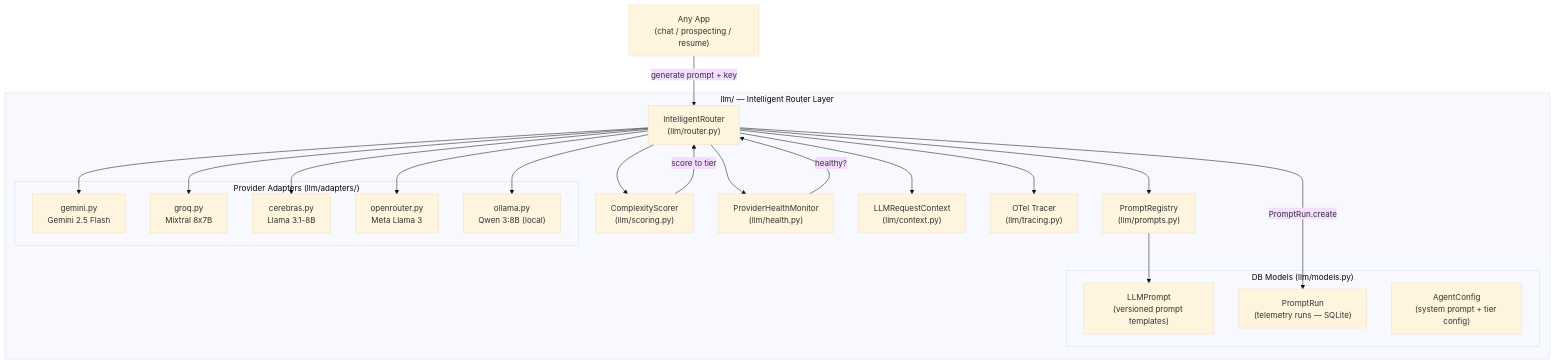
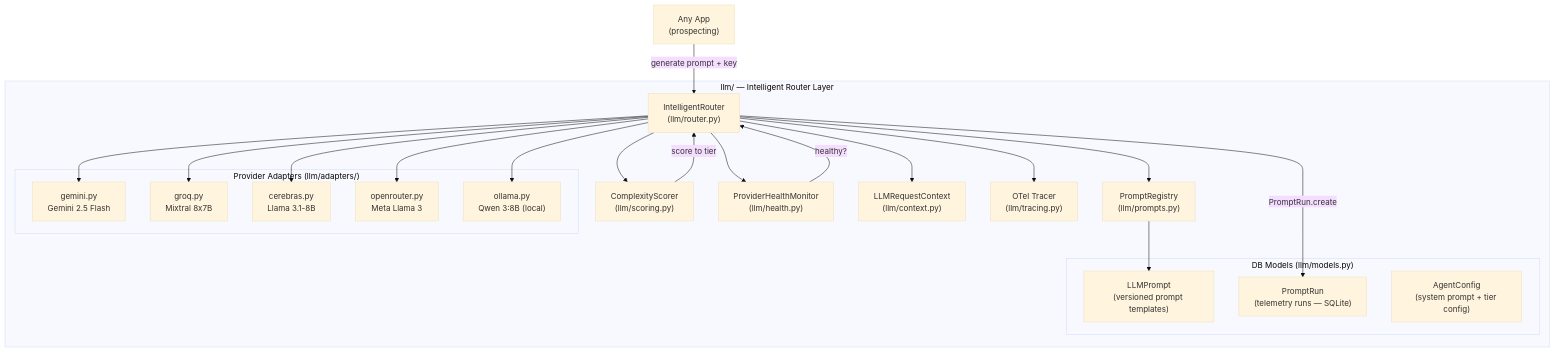
One commit to Ingenuity07/nomad-bot changed the second of 11 diagrams in README.md. Above: the diagram before and after it, drawn with Mermaid (base theme). The commit also changed other lines of this file, not shown here.

Commit message:
docs: update README.md to reflect prospecting-only architecture

````diff
--- a/README.md
+++ b/README.md
@@ -303,43 +266,43 @@
 ```mermaid
 graph TD
-    CALLER["Any App\n(chat / prospecting / resume)"]
+    CALLER["Any App\n(prospecting)"]
 
     subgraph LLMApp["llm/ — Intelligent Router Layer"]
         REGISTRY["PromptRegistry\n(llm/prompts.py)"]
         ROUTER["IntelligentRouter\n(llm/router.py)"]
         SCORER["ComplexityScorer\n(llm/scoring.py)"]
         HEALTH["ProviderHealthMonitor\n(llm/health.py)"]
         CONTEXT["LLMRequestContext\n(llm/context.py)"]
         TRACER["OTel Tracer\n(llm/tracing.py)"]
 
         subgraph Adapters["Provider Adapters (llm/adapters/)"]
             GA["gemini.py\nGemini 2.5 Flash"]
             GR["groq.py\nMixtral 8x7B"]
             CE["cerebras.py\nLlama 3.1-8B"]
             OR["openrouter.py\nMeta Llama 3"]
             OL["ollama.py\nQwen 3:8B (local)"]
         end
 
         subgraph Models["DB Models (llm/models.py)"]
             LLMPROMPT["LLMPrompt\n(versioned prompt templates)"]
             PROMPTRUN["PromptRun\n(telemetry runs — SQLite)"]
             AGENTCFG["AgentConfig\n(system prompt + tier config)"]
         end
     end
 
     CALLER -->|generate prompt + key| ROUTER
     ROUTER --> REGISTRY
     REGISTRY --> LLMPROMPT
     ROUTER --> SCORER
     SCORER -->|score to tier| ROUTER
     ROUTER --> HEALTH
     HEALTH -->|healthy?| ROUTER
     ROUTER --> CONTEXT
     ROUTER --> TRACER
     ROUTER --> GA
     ROUTER --> GR
     ROUTER --> CE
     ROUTER --> OR
     ROUTER --> OL
     ROUTER -->|PromptRun.create| PROMPTRUN
 ```
````
